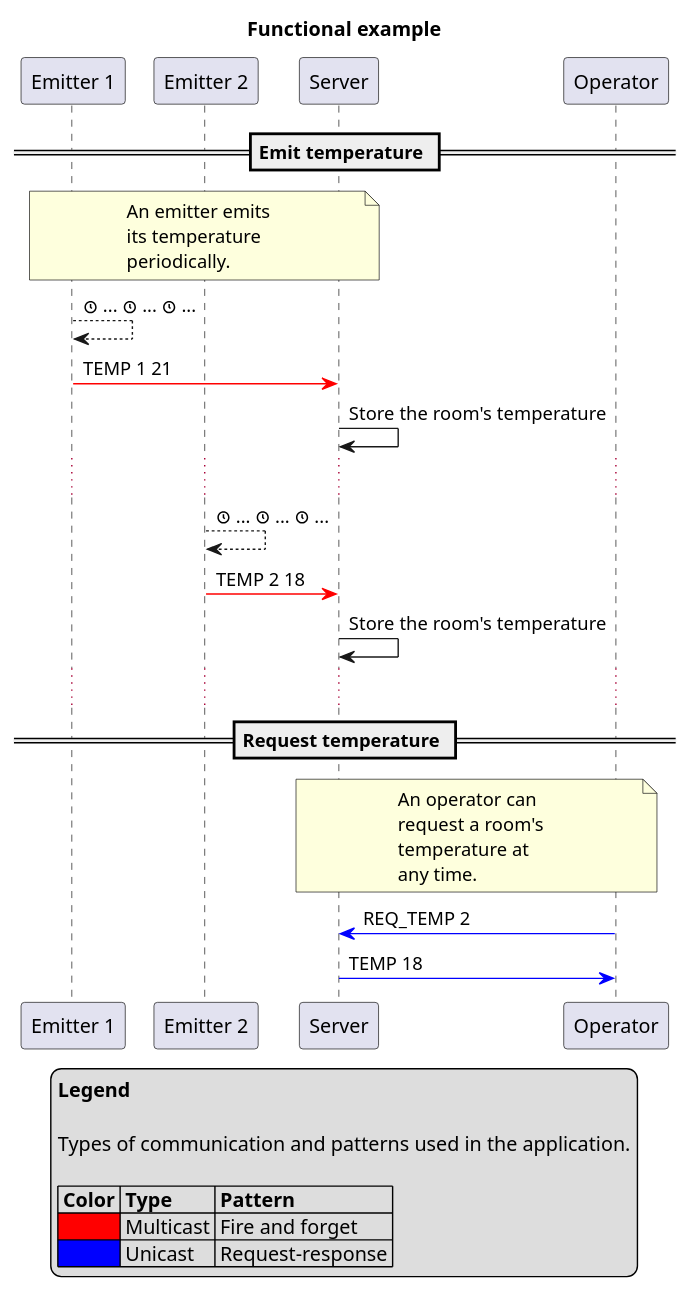
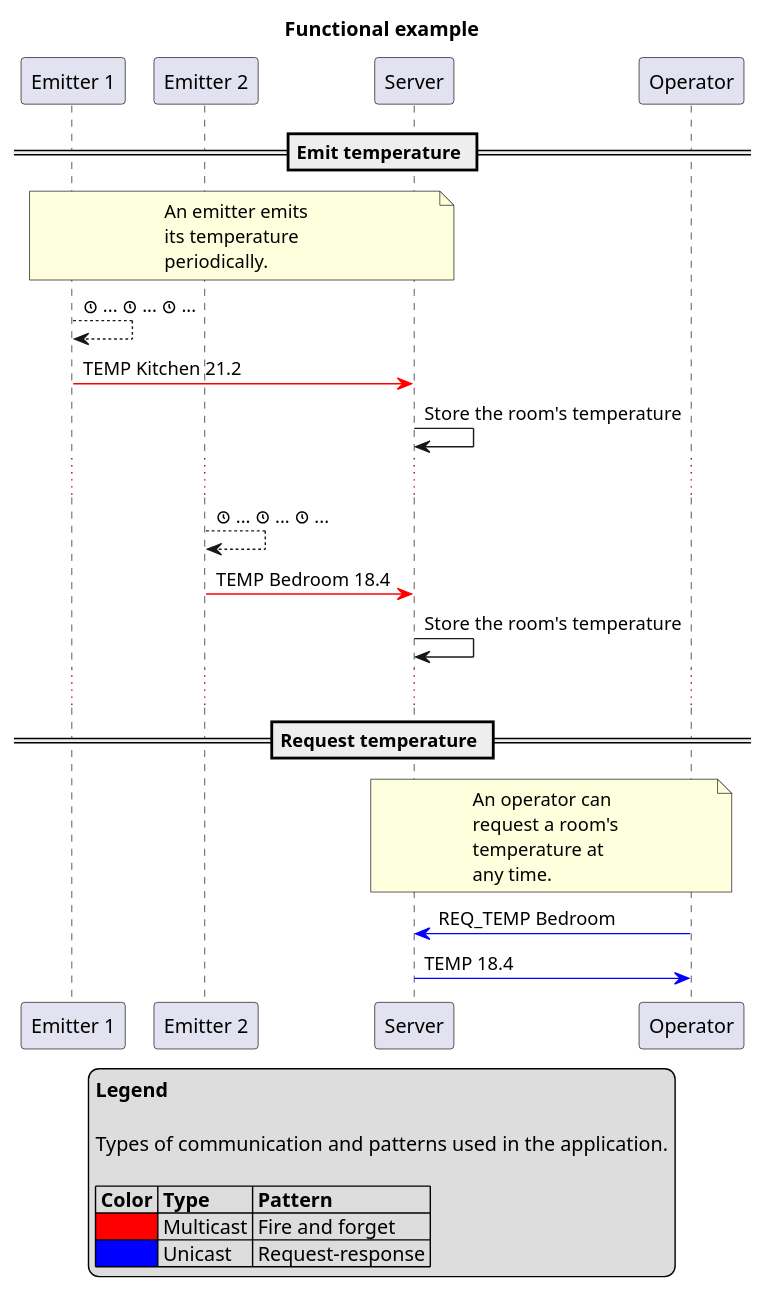
The diagram in 11-define-an-application-protocol/02-temperature-monitoring-application/images/example-1-functional-example.plantuml (heig-vd-dai-course/heig-vd-dai-course-solutions), drawn with PlantUML before and after one commit. The commit also changed 10 other files, not shown here.

Commit message:
Improve "Temperature monitoring" UDP application (diagram + code) (#19)

```diff
--- a/11-define-an-application-protocol/02-temperature-monitoring-application/images/example-1-functional-example.plantuml
+++ b/11-define-an-application-protocol/02-temperature-monitoring-application/images/example-1-functional-example.plantuml
@@ -1,52 +1,52 @@
 @startuml functional-example
 
 title "Functional example"
 
 participant "Emitter 1" as e1
 participant "Emitter 2" as e2
 participant "Server" as s
 participant "Operator" as o
 
 == Emit temperature ==
 
 note over e1, s
 An emitter emits
 its temperature
 periodically.
 end note
 
 e1 --> e1: <&clock> ... <&clock> ... <&clock> ...
-e1 -[#red]> s: TEMP 1 21
+e1 -[#red]> s: TEMP Kitchen 21.2
 s -> s: Store the room's temperature
 
 ...
 
 e2 --> e2: <&clock> ... <&clock> ... <&clock> ...
-e2 -[#red]> s: TEMP 2 18
+e2 -[#red]> s: TEMP Bedroom 18.4
 s -> s: Store the room's temperature
 
 ...
 
 == Request temperature ==
 
 note over s, o
 An operator can
 request a room's
 temperature at
 any time.
 end note
 
-o -[#blue]> s: REQ_TEMP 2
-s -[#blue]> o: TEMP 18
+o -[#blue]> s: REQ_TEMP Bedroom
+s -[#blue]> o: TEMP 18.4
 
 legend
 **Legend**
 
 Types of communication and patterns used in the application.
 
 | **Color** | **Type**  | **Pattern**      |
 | <#red>    | Multicast | Fire and forget  |
 | <#blue>   | Unicast   | Request-response |
 endlegend
 
 @enduml
```
